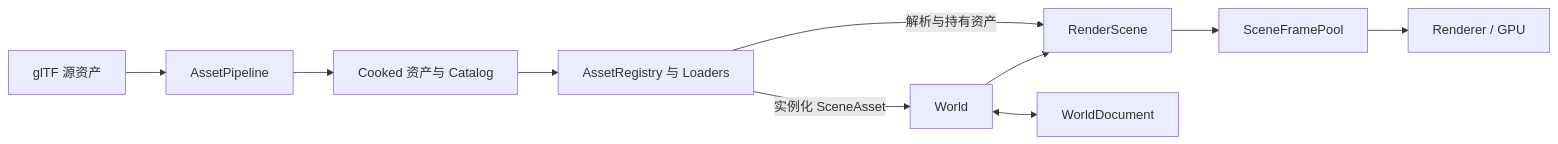
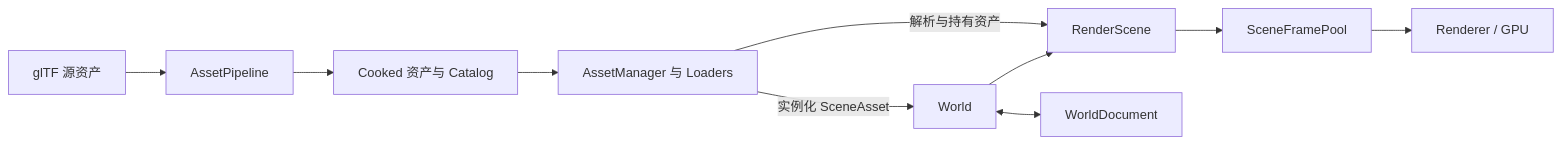
One commit to hanyangl5/horizon changed the diagram in Docs/WorldTutorial.md. Above: the diagram before and after it, drawn with Mermaid. The commit also changed other lines of this file and 19 other files, not shown here.

First line of the commit message:
Rename AssetRegistry to AssetManager

````diff
--- a/Docs/WorldTutorial.md
+++ b/Docs/WorldTutorial.md
@@ -23,12 +23,12 @@
 ```mermaid
 flowchart LR
     source[glTF 源资产] --> cook[AssetPipeline]
     cook --> cooked[Cooked 资产与 Catalog]
-    cooked --> registry[AssetRegistry 与 Loaders]
-    registry -->|实例化 SceneAsset| world[World]
+    cooked --> assetManager[AssetManager 与 Loaders]
+    assetManager -->|实例化 SceneAsset| world[World]
     world --> scene[RenderScene]
-    registry -->|解析与持有资产| scene
+    assetManager -->|解析与持有资产| scene
     scene --> frames[SceneFramePool]
     frames --> renderer[Renderer / GPU]
     world <--> document[WorldDocument]
 ```
````
